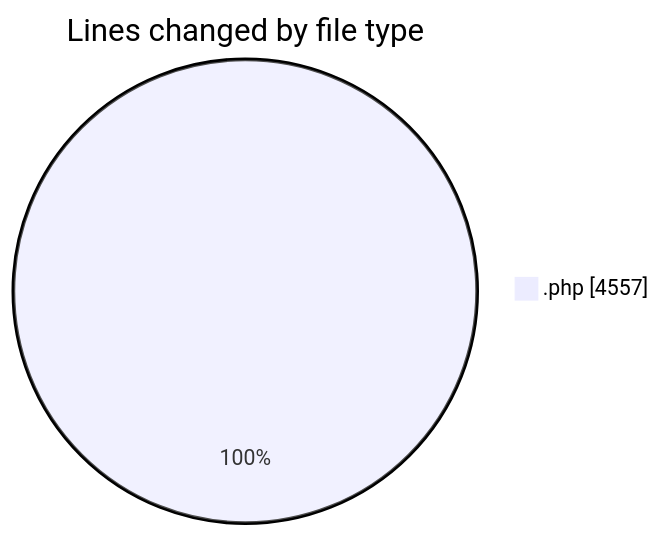
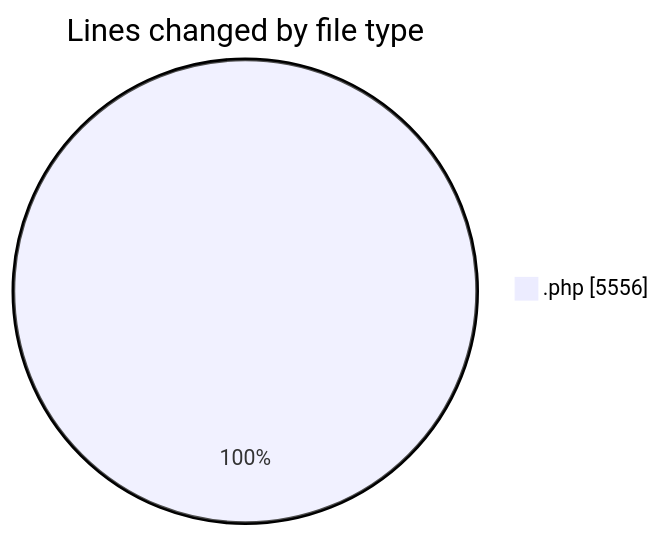
One commit to debugP/code-tracking changed the first of 2 diagrams in 2025-10-03/untitled__workspace_/README.md. Above: the diagram before and after it, drawn with Mermaid. The commit also changed other lines of this file and 1 other file, not shown here.

````diff
--- a/2025-10-03/untitled__workspace_/README.md
+++ b/2025-10-03/untitled__workspace_/README.md
@@ -22,5 +23,5 @@
 ```mermaid
 pie showData
 title Lines changed by file type
-".php" : 4557
+".php" : 5556
 ```
````
